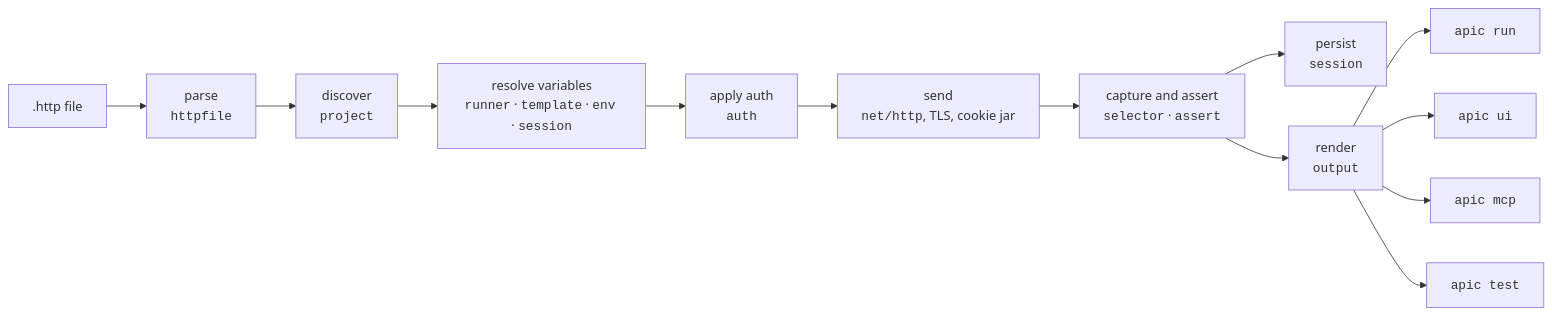
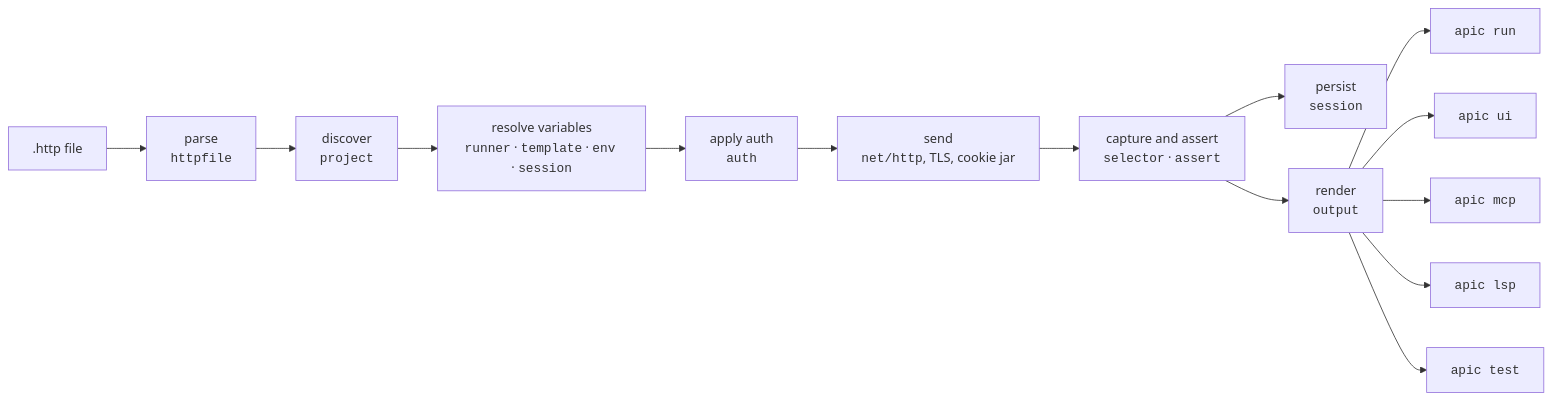
One commit to dataGriff/api-caller changed the diagram in docs/architecture.md. Above: the diagram before and after it, drawn with Mermaid. The commit also changed other lines of this file and 17 other files, not shown here.

First line of the commit message:
apic lsp: a language server for every editor (#97)

````diff
--- a/docs/architecture.md
+++ b/docs/architecture.md
@@ -10,15 +10,16 @@
 ```mermaid
 flowchart LR
     F[".http file"] --> P["parse<br/><code>httpfile</code>"]
     P --> D["discover<br/><code>project</code>"]
     D --> R["resolve variables<br/><code>runner</code> · <code>template</code> · <code>env</code> · <code>session</code>"]
     R --> A["apply auth<br/><code>auth</code>"]
     A --> S["send<br/><code>net/http</code>, TLS, cookie jar"]
     S --> C["capture and assert<br/><code>selector</code> · <code>assert</code>"]
     C --> W["persist<br/><code>session</code>"]
     C --> O["render<br/><code>output</code>"]
     O --> CLI["<code>apic run</code>"]
     O --> UI["<code>apic ui</code>"]
     O --> MCP["<code>apic mcp</code>"]
+    O --> LSP["<code>apic lsp</code>"]
     O --> BDD["<code>apic test</code>"]
 ```
````
